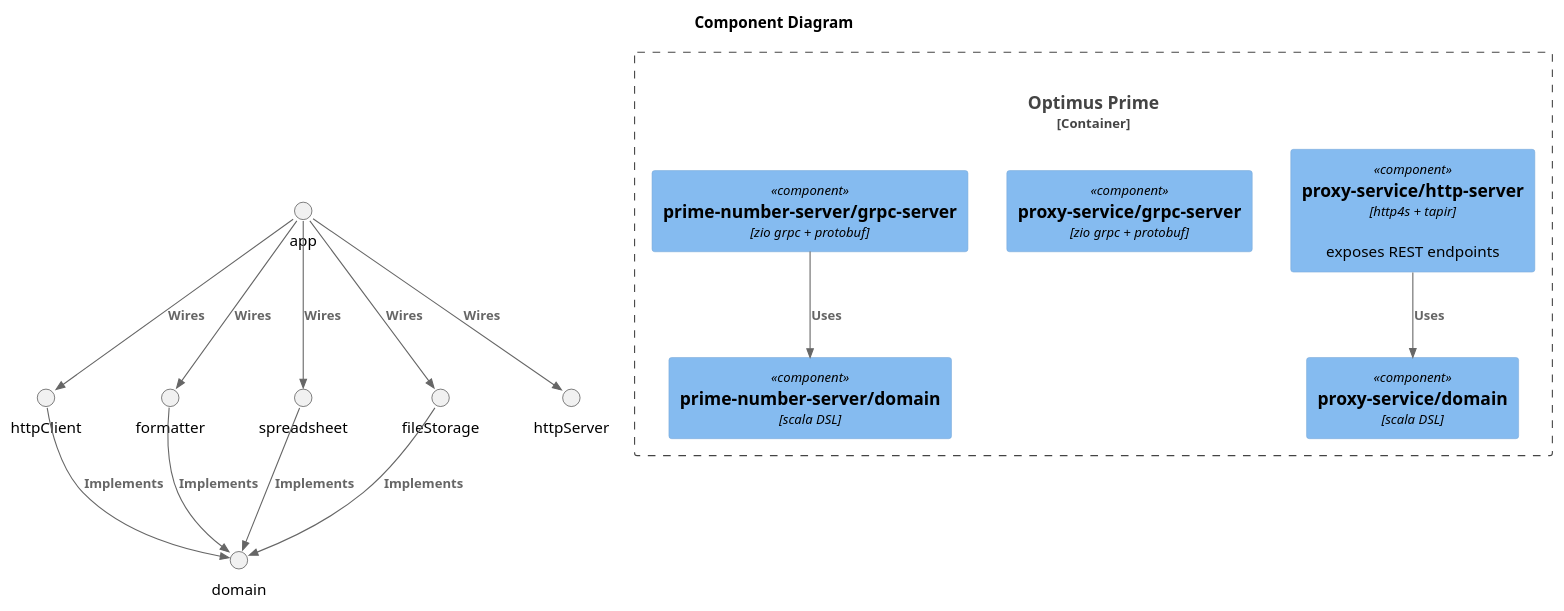
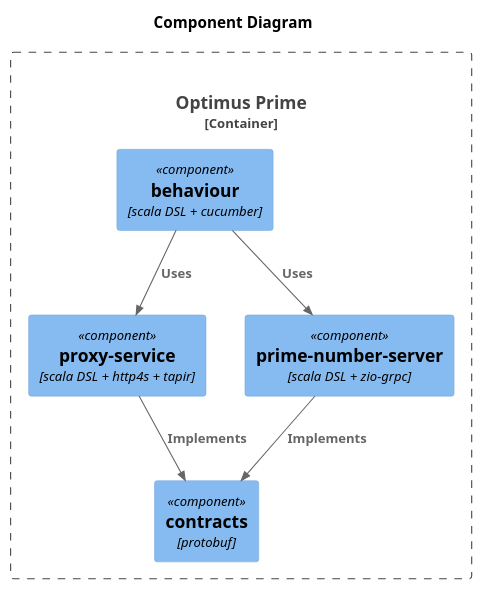
Before and after one commit to sallareznov/optimus-prime: the diagram in doc/component-diagram.puml, drawn with PlantUML.

Commit message:
doc: update component diagram

```diff
--- a/doc/component-diagram.puml
+++ b/doc/component-diagram.puml
@@ -1,31 +1,21 @@
 @startuml
 !include  https://raw.githubusercontent.com/plantuml-stdlib/C4-PlantUML/v1.0.0/C4.puml
 !include  https://raw.githubusercontent.com/plantuml-stdlib/C4-PlantUML/v1.0.0/C4_Context.puml
 !include  https://raw.githubusercontent.com/plantuml-stdlib/C4-PlantUML/v1.0.0/C4_Container.puml
 !include  https://raw.githubusercontent.com/plantuml-stdlib/C4-PlantUML/v1.0.0/C4_Component.puml
 
 title Component Diagram
 
 Container_Boundary(optimusPrime, "Optimus Prime") {
-    Component(proxyServiceDomain, "proxy-service/domain", "scala DSL")
-    Component(proxyServiceHttpServer, "proxy-service/http-server", "http4s + tapir", "exposes REST endpoints")
-    Component(proxyServiceGRPCClient, "proxy-service/grpc-server", "zio grpc + protobuf")
-    Component(primeNumberServerDomain, "prime-number-server/domain", "scala DSL")
-    Component(primeNumberGRPCServer, "prime-number-server/grpc-server", "zio grpc + protobuf")
+    Component(contracts, "contracts", "protobuf")
+    Component(proxyService, "proxy-service", "scala DSL + http4s + tapir")
+    Component(primeNumberServer, "prime-number-server", "scala DSL + zio-grpc")
+    Component(behaviour, "behaviour", "scala DSL + cucumber")
 }
 
-Rel(proxyServiceHttpServer, proxyServiceDomain, "Uses")
-Rel(primeNumberGRPCServer, primeNumberServerDomain, "Uses")
-Rel(httpClient, domain, "Implements")
-Rel(formatter, domain, "Implements")
-Rel(spreadsheet, domain, "Implements")
-Rel(fileStorage, domain, "Implements")
-
-Rel(app, httpServer, "Wires")
-Rel(app, httpClient, "Wires")
-Rel(app, formatter, "Wires")
-Rel(app, fileStorage, "Wires")
-Rel(app, spreadsheet, "Wires")
-
+Rel(proxyService, contracts, "Implements")
+Rel(primeNumberServer, contracts, "Implements")
+Rel(behaviour, proxyService, "Uses")
+Rel(behaviour, primeNumberServer, "Uses")
 
 @enduml
```
